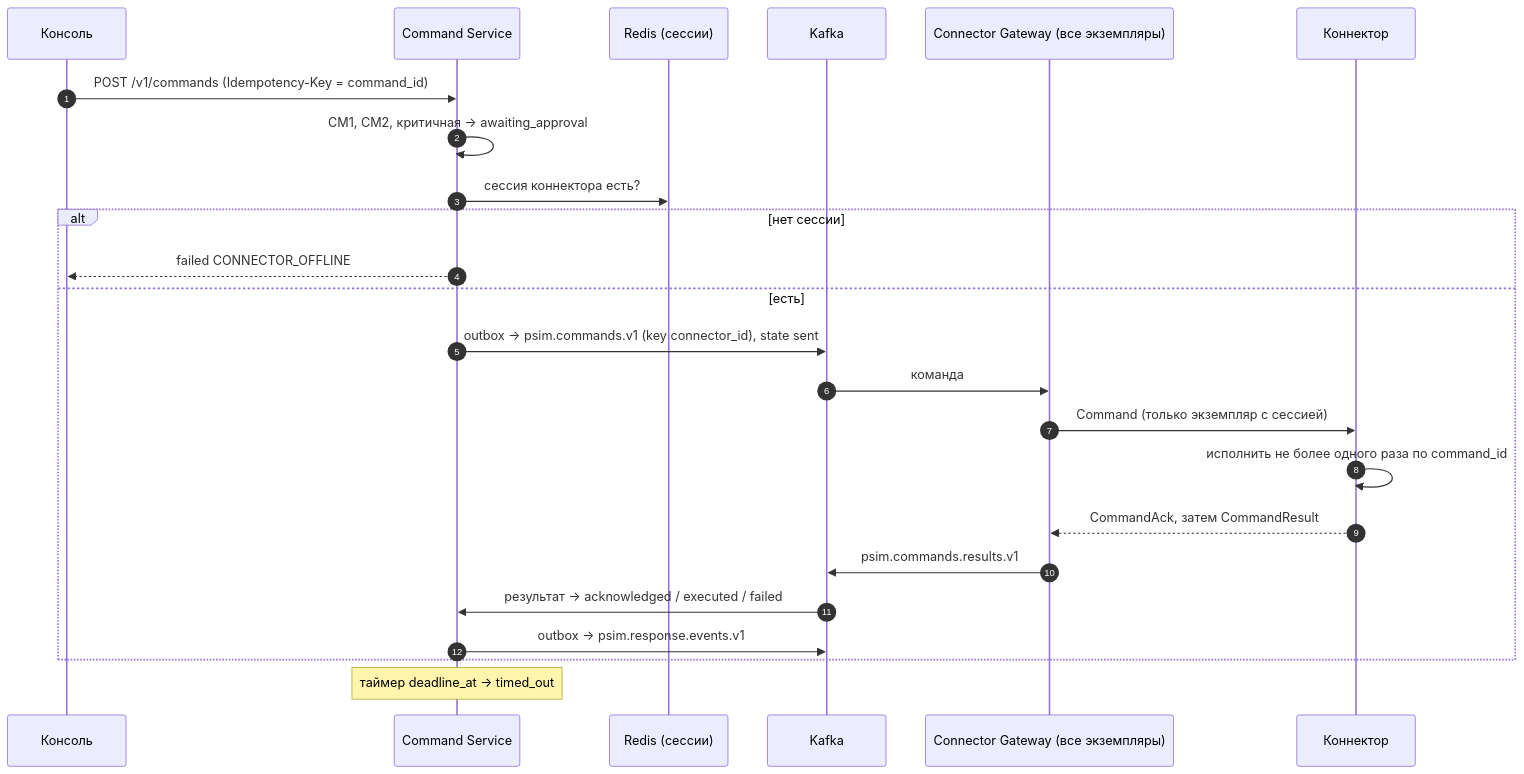
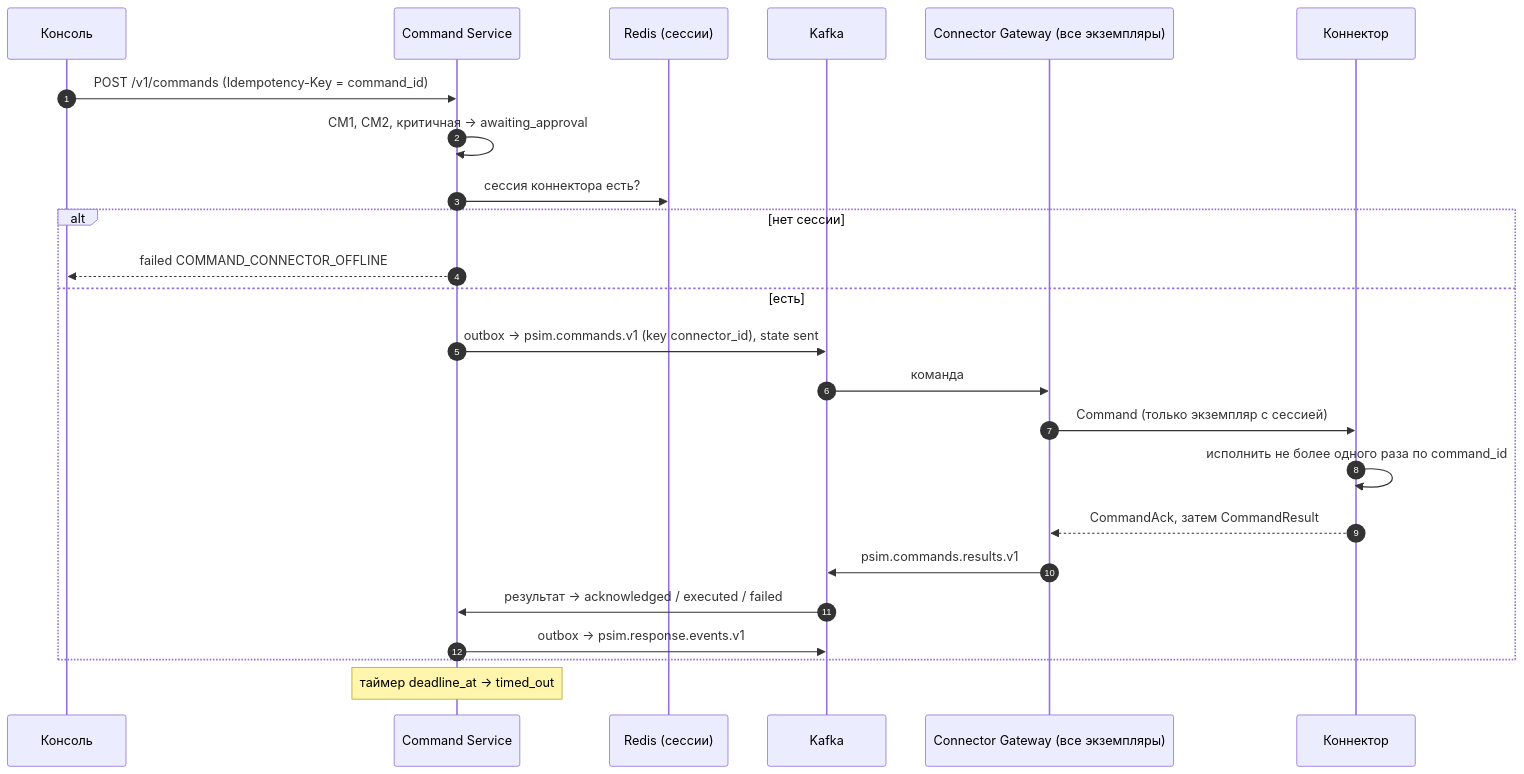
The third of 6 diagrams in docs/architecture/runtime-view.md (d8zerg/psim), drawn with Mermaid before and after one commit. The commit also changed 76 other files, not shown here.

````diff
--- a/docs/architecture/runtime-view.md
+++ b/docs/architecture/runtime-view.md
@@ -74,27 +74,27 @@
 ```mermaid
 sequenceDiagram
     autonumber
     participant UI as Консоль
     participant CS as Command Service
     participant R as Redis (сессии)
     participant K as Kafka
     participant GW as Connector Gateway (все экземпляры)
     participant SDK as Коннектор
 
     UI->>CS: POST /v1/commands (Idempotency-Key = command_id)
     CS->>CS: CM1, CM2, критичная -> awaiting_approval
     CS->>R: сессия коннектора есть?
     alt нет сессии
-        CS-->>UI: failed CONNECTOR_OFFLINE
+        CS-->>UI: failed COMMAND_CONNECTOR_OFFLINE
     else есть
         CS->>K: outbox -> psim.commands.v1 (key connector_id), state sent
         K->>GW: команда
         GW->>SDK: Command (только экземпляр с сессией)
         SDK->>SDK: исполнить не более одного раза по command_id
         SDK-->>GW: CommandAck, затем CommandResult
         GW->>K: psim.commands.results.v1
         K->>CS: результат -> acknowledged / executed / failed
         CS->>K: outbox -> psim.response.events.v1
     end
     Note over CS: таймер deadline_at -> timed_out
 ```
````
